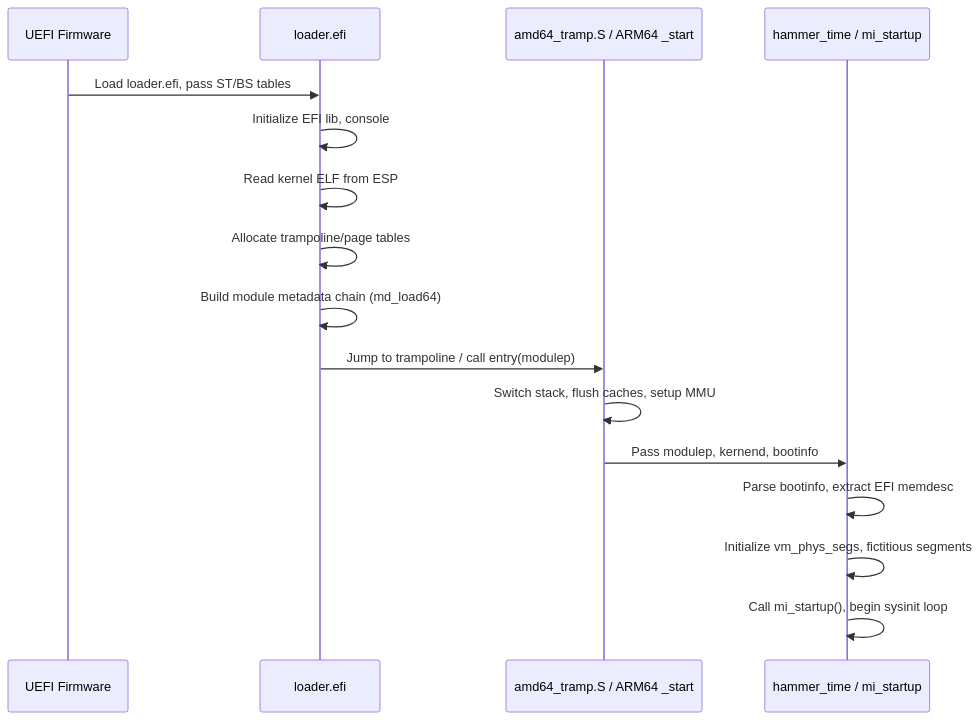
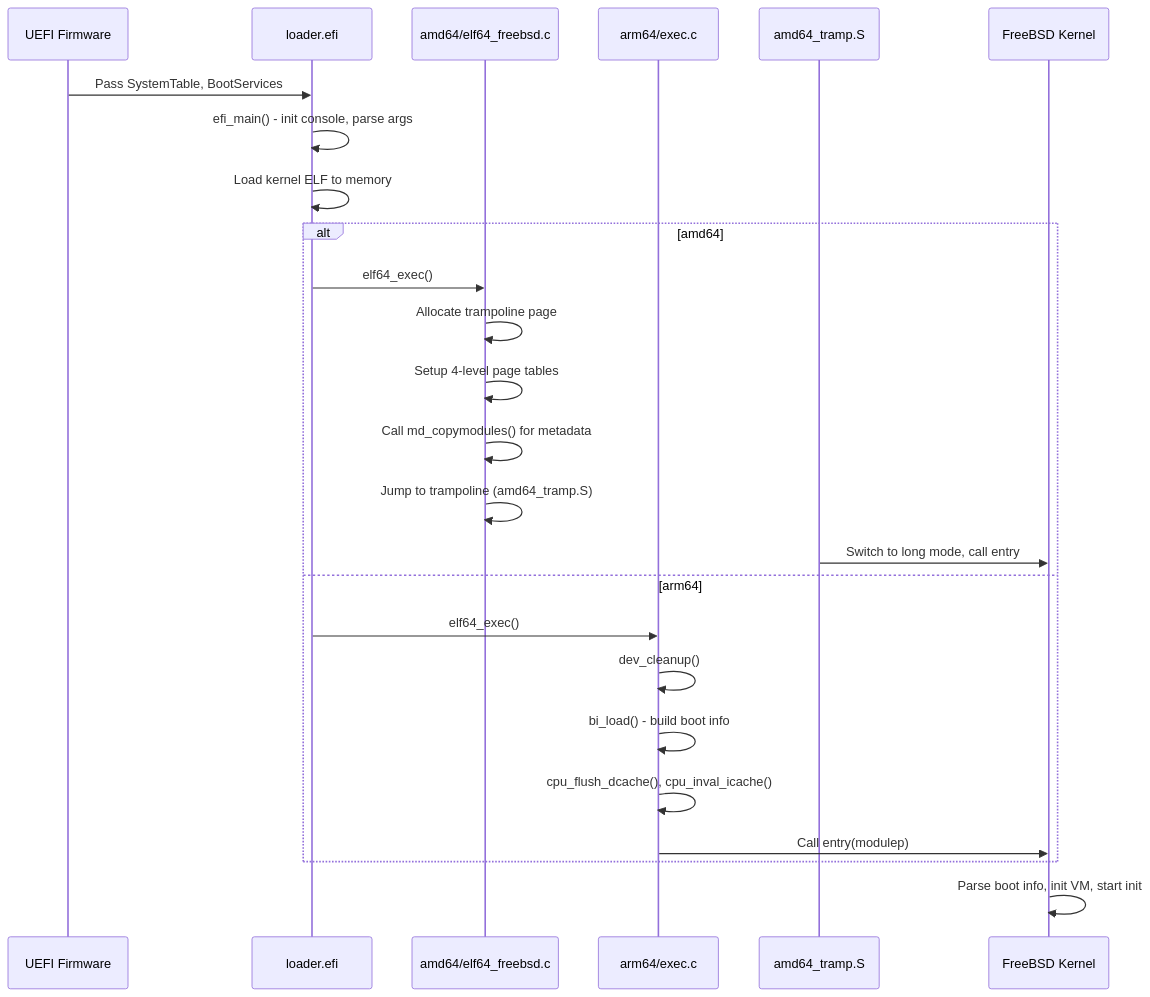
Before and after one commit to ocochard/freebsd-src: the diagram in stand/efi/loader/README.md, drawn with Mermaid. The commit also changed other lines of this file and 25 other files, not shown here.

````diff
--- a/stand/efi/loader/README.md
+++ b/stand/efi/loader/README.md
@@ -85,19 +74,30 @@
 ```mermaid
 sequenceDiagram
     participant UEFI as UEFI Firmware
     participant Loader as loader.efi
-    participant Tramp as amd64_tramp.S / ARM64 _start
-    participant Kernel as hammer_time / mi_startup
+    participant AMD as amd64/elf64_freebsd.c
+    participant ARM as arm64/exec.c
+    participant Trampoline as amd64_tramp.S
+    participant Kernel as FreeBSD Kernel
 
-    UEFI->>Loader: Load loader.efi, pass ST/BS tables
-    Loader->>Loader: Initialize EFI lib, console
-    Loader->>Loader: Read kernel ELF from ESP
-    Loader->>Loader: Allocate trampoline/page tables
-    Loader->>Loader: Build module metadata chain (md_load64)
-    Loader->>Tramp: Jump to trampoline / call entry(modulep)
-    Tramp->>Tramp: Switch stack, flush caches, setup MMU
-    Tramp->>Kernel: Pass modulep, kernend, bootinfo
-    Kernel->>Kernel: Parse bootinfo, extract EFI memdesc
-    Kernel->>Kernel: Initialize vm_phys_segs, fictitious segments
-    Kernel->>Kernel: Call mi_startup(), begin sysinit loop
+    UEFI->>Loader: Pass SystemTable, BootServices
+    Loader->>Loader: efi_main() - init console, parse args
+    Loader->>Loader: Load kernel ELF to memory
+
+    alt amd64
+        Loader->>AMD: elf64_exec()
+        AMD->>AMD: Allocate trampoline page
+        AMD->>AMD: Setup 4-level page tables
+        AMD->>AMD: Call md_copymodules() for metadata
+        AMD->>AMD: Jump to trampoline (amd64_tramp.S)
+        Trampoline->>Kernel: Switch to long mode, call entry
+    else arm64
+        Loader->>ARM: elf64_exec()
+        ARM->>ARM: dev_cleanup()
+        ARM->>ARM: bi_load() - build boot info
+        ARM->>ARM: cpu_flush_dcache(), cpu_inval_icache()
+        ARM->>Kernel: Call entry(modulep)
+    end
+
+    Kernel->>Kernel: Parse boot info, init VM, start init
 ```
````
